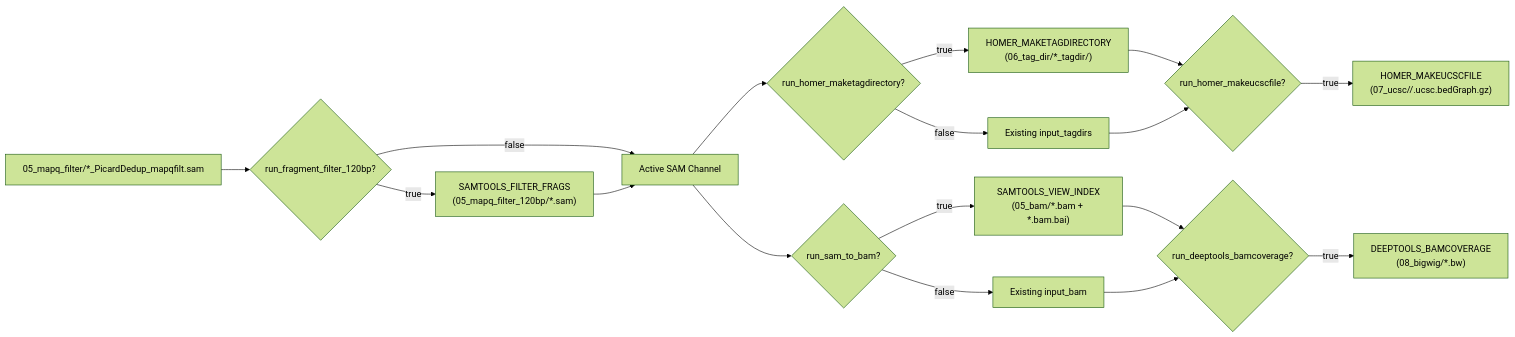
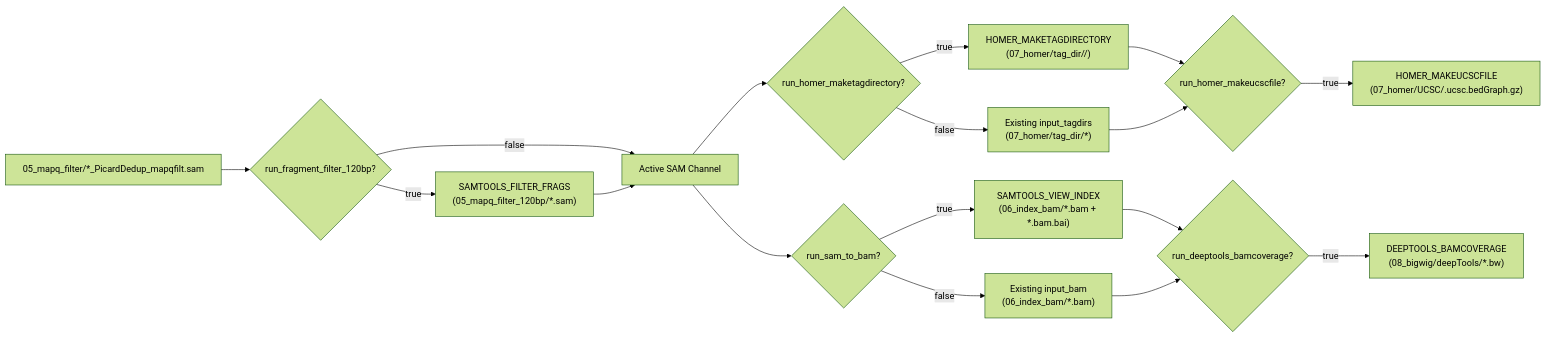
Before and after one commit to DanHUMassMed/Cut_And_Run_Analysis: the first of 3 diagrams in docs/USERS_GUIDE.md, drawn with Mermaid (forest theme). The commit also changed other lines of this file and 9 other files, not shown here.

````diff
--- a/docs/USERS_GUIDE.md
+++ b/docs/USERS_GUIDE.md
@@ -60,23 +60,23 @@
 ```mermaid
 flowchart LR
     SAM["05_mapq_filter/*_PicardDedup_mapqfilt.sam"] --> FRAG{"run_fragment_filter_120bp?"}
     FRAG -- "true" --> SAM120["SAMTOOLS_FILTER_FRAGS\n(05_mapq_filter_120bp/*.sam)"]
     FRAG -- "false" --> ACTIVE_SAM["Active SAM Channel"]
     SAM120 --> ACTIVE_SAM
 
     ACTIVE_SAM --> TAG_TOGGLE{"run_homer_maketagdirectory?"}
-    TAG_TOGGLE -- "true" --> TAG["HOMER_MAKETAGDIRECTORY\n(06_tag_dir/*_tagdir/)"]
-    TAG_TOGGLE -- "false" --> TAG_EXIST["Existing input_tagdirs"]
+    TAG_TOGGLE -- "true" --> TAG["HOMER_MAKETAGDIRECTORY\n(07_homer/tag_dir/<id>/)"]
+    TAG_TOGGLE -- "false" --> TAG_EXIST["Existing input_tagdirs\n(07_homer/tag_dir/*)"]
 
     TAG --> UCSC_TOGGLE{"run_homer_makeucscfile?"}
     TAG_EXIST --> UCSC_TOGGLE
-    UCSC_TOGGLE -- "true" --> UCSC["HOMER_MAKEUCSCFILE\n(07_ucsc/<id>/<id>.ucsc.bedGraph.gz)"]
+    UCSC_TOGGLE -- "true" --> UCSC["HOMER_MAKEUCSCFILE\n(07_homer/UCSC/<id>.ucsc.bedGraph.gz)"]
 
     ACTIVE_SAM --> BAM_TOGGLE{"run_sam_to_bam?"}
-    BAM_TOGGLE -- "true" --> BAM["SAMTOOLS_VIEW_INDEX\n(05_bam/*.bam + *.bam.bai)"]
-    BAM_TOGGLE -- "false" --> BAM_EXIST["Existing input_bam"]
+    BAM_TOGGLE -- "true" --> BAM["SAMTOOLS_VIEW_INDEX\n(06_index_bam/*.bam + *.bam.bai)"]
+    BAM_TOGGLE -- "false" --> BAM_EXIST["Existing input_bam\n(06_index_bam/*.bam)"]
 
     BAM --> BW_TOGGLE{"run_deeptools_bamcoverage?"}
     BAM_EXIST --> BW_TOGGLE
-    BW_TOGGLE -- "true" --> BW["DEEPTOOLS_BAMCOVERAGE\n(08_bigwig/*.bw)"]
+    BW_TOGGLE -- "true" --> BW["DEEPTOOLS_BAMCOVERAGE\n(08_bigwig/deepTools/*.bw)"]
 ```
````
